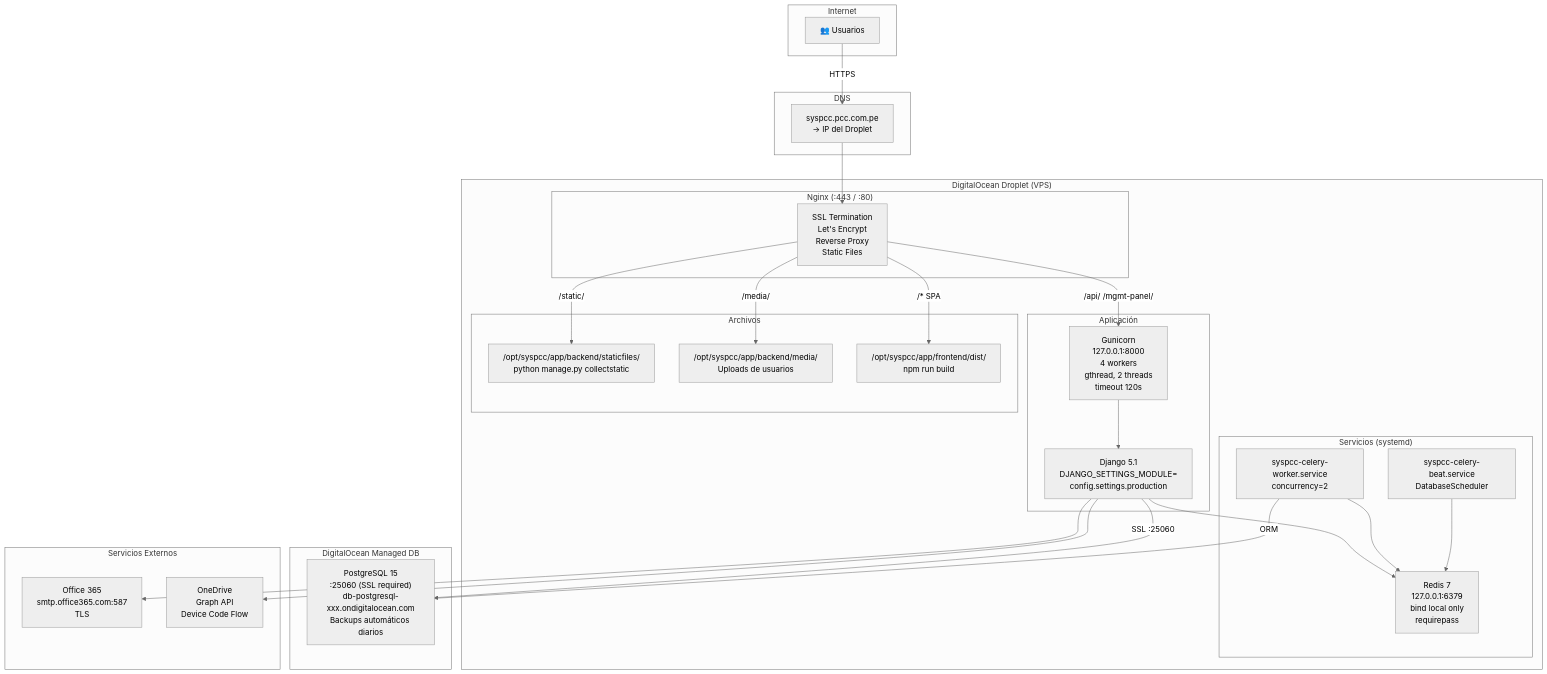
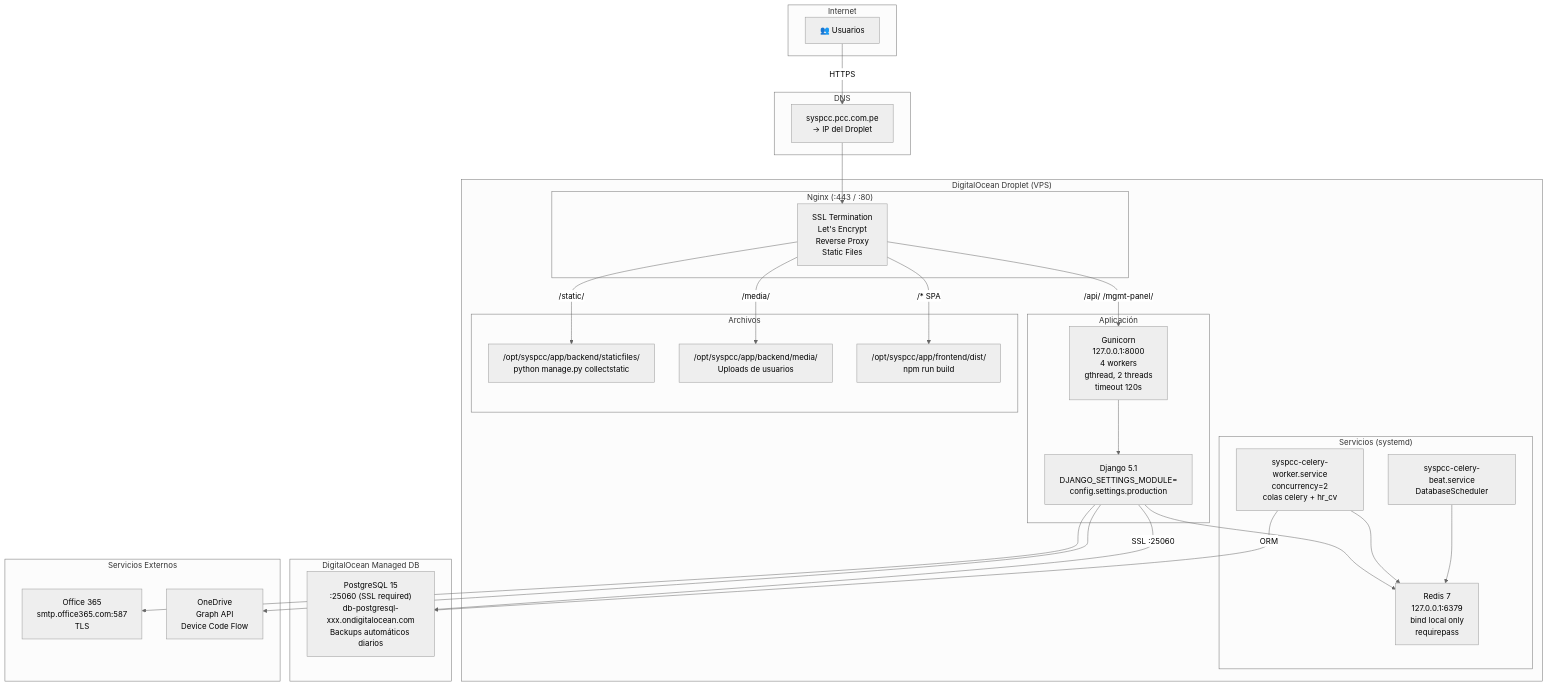
Before and after one commit to pccpegit/SYSPCCLOG: the fourth of 10 diagrams in docs/05_Guia_Despliegue_y_Produccion.md, drawn with Mermaid (neutral theme). The commit also changed other lines of this file and 42 other files, not shown here.

````diff
--- a/docs/05_Guia_Despliegue_y_Produccion.md
+++ b/docs/05_Guia_Despliegue_y_Produccion.md
@@ -304,56 +351,56 @@
 ```mermaid
 graph TB
     subgraph "Internet"
         USERS["👥 Usuarios"]
     end
 
     subgraph "DNS"
         DNS2["syspcc.pcc.com.pe<br/>→ IP del Droplet"]
     end
 
     subgraph "DigitalOcean Droplet (VPS)"
         subgraph "Nginx (:443 / :80)"
             NG["SSL Termination<br/>Let's Encrypt<br/>Reverse Proxy<br/>Static Files"]
         end
 
         subgraph "Aplicación"
             GUN2["Gunicorn<br/>127.0.0.1:8000<br/>4 workers<br/>gthread, 2 threads<br/>timeout 120s"]
             DJ2["Django 5.1<br/>DJANGO_SETTINGS_MODULE=<br/>config.settings.production"]
         end
 
         subgraph "Archivos"
             STAT["/opt/syspcc/app/backend/staticfiles/<br/>python manage.py collectstatic"]
             MEDIA2["/opt/syspcc/app/backend/media/<br/>Uploads de usuarios"]
             DIST2["/opt/syspcc/app/frontend/dist/<br/>npm run build"]
         end
 
         subgraph "Servicios (systemd)"
             RD2["Redis 7<br/>127.0.0.1:6379<br/>bind local only<br/>requirepass"]
-            CW2["syspcc-celery-worker.service<br/>concurrency=2"]
+            CW2["syspcc-celery-worker.service<br/>concurrency=2<br/>colas celery + hr_cv"]
             CB2["syspcc-celery-beat.service<br/>DatabaseScheduler"]
         end
     end
 
     subgraph "DigitalOcean Managed DB"
         PG2B["PostgreSQL 15<br/>:25060 (SSL required)<br/>db-postgresql-xxx.ondigitalocean.com<br/>Backups automáticos diarios"]
     end
 
     subgraph "Servicios Externos"
         SMTP2["Office 365<br/>smtp.office365.com:587<br/>TLS"]
         OD2B["OneDrive<br/>Graph API<br/>Device Code Flow"]
     end
 
     USERS -->|HTTPS| DNS2 --> NG
     NG -->|/* SPA| DIST2
     NG -->|/static/| STAT
     NG -->|/media/| MEDIA2
     NG -->|/api/ /mgmt-panel/| GUN2
     GUN2 --> DJ2
     DJ2 -->|SSL :25060| PG2B
     DJ2 --> RD2
     CW2 --> RD2
     CB2 --> RD2
     CW2 -->|ORM| PG2B
     DJ2 --> SMTP2
     DJ2 --> OD2B
 ```
````
